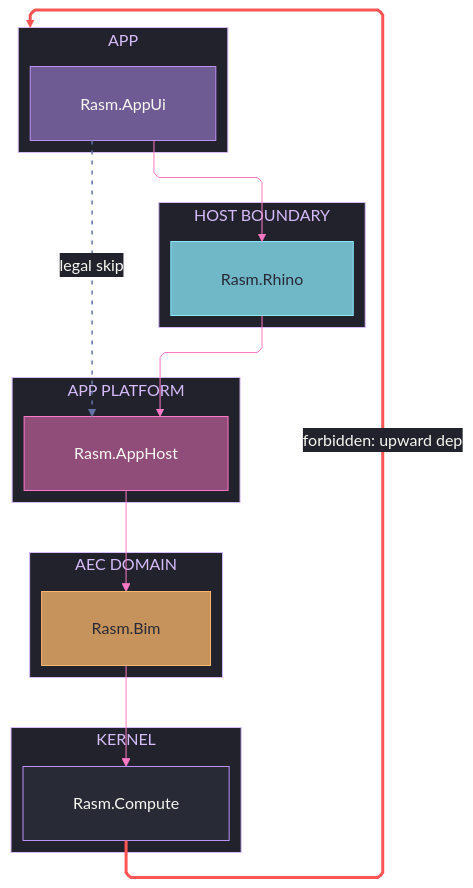
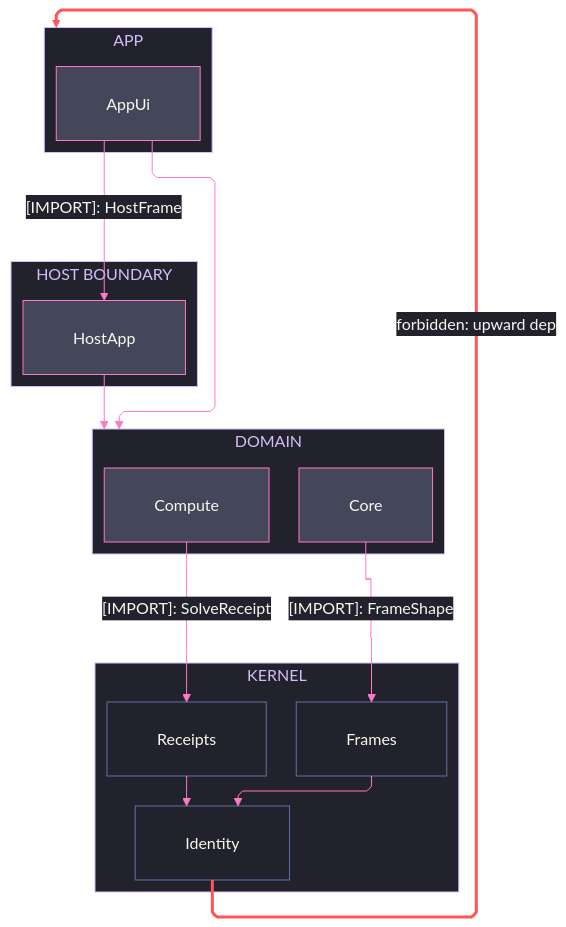
The diagram in .claude/skills/mermaid-diagramming/templates/strata.mmd.md (bsamiee/Parametric_Forge), drawn with Mermaid before and after one commit. The commit also changed other lines of this file and 263 other files, not shown here.

````diff
--- a/.claude/skills/mermaid-diagramming/templates/strata.mmd.md
+++ b/.claude/skills/mermaid-diagramming/templates/strata.mmd.md
@@ -5,64 +5,62 @@
 ```mermaid
 ---
 config:
   theme: base
   look: classic
   layout: elk
   flowchart:
     curve: linear
     padding: 25
   themeVariables:
     darkMode: true
     fontFamily: "SF Mono, Menlo, Cascadia Mono, Segoe UI Mono, Consolas, monospace"
     useGradient: false
     dropShadow: "none"
     background: "#282A36"
     primaryColor: "#44475A"
     primaryTextColor: "#F8F8F2"
     primaryBorderColor: "#BD93F9"
     lineColor: "#FF79C6"
     textColor: "#F8F8F2"
     clusterBkg: "#21222C"
     clusterBorder: "#D6BCFA"
     edgeLabelBackground: "#21222C"
     labelBackgroundColor: "#21222C"
     titleColor: "#D6BCFA"
   themeCSS: ".nodeLabel{font-size:13px;font-weight:500}.edgeLabel{font-size:12px;font-weight:500}.cluster-label .nodeLabel{font-size:13.5px;font-weight:700;letter-spacing:.08em}.edge-thickness-normal{stroke-width:2px}.edge-thickness-thick{stroke-width:3px}.edge-pattern-dashed,.edge-pattern-dotted{stroke-width:1.5px;stroke-dasharray:4 6}.node rect,.node circle,.node polygon,.node path,.node .outer-path{stroke-width:1.5px;filter:none!important}.cluster rect{stroke-width:1px!important;stroke-dasharray:5 4!important;filter:none!important}.marker path{transform:scale(.8);transform-origin:5px 5px}.marker circle{transform:scale(.48);transform-origin:5px 5px}.edgeLabel rect{transform-box:fill-box;transform-origin:center;transform:scale(1.1,1.2)}"
 ---
 flowchart TB
     accTitle: Package stratum law
-    accDescr: Five stacked strata from app through host boundary, platform, and domain onto the kernel, downward-only dependency edges, one dashed legal skip, and one forbidden upward edge styled red.
-    subgraph L5[APP]
-        App[Rasm.AppUi]
+    accDescr: Four stacked strata from app through host boundary and domain onto a member-resolved kernel, downward-only import edges naming one sourced type each, cluster-target edges landing on layer boundaries, and one forbidden upward edge styled red.
+    subgraph L4[APP]
+        App[AppUi]
     end
-    subgraph L4[HOST BOUNDARY]
-        Host[Rasm.Rhino]
+    subgraph L3[HOST BOUNDARY]
+        Host[HostApp]
     end
-    subgraph L3[APP PLATFORM]
-        Platform[Rasm.AppHost]
-    end
-    subgraph L2[AEC DOMAIN]
-        Domain[Rasm.Bim]
+    subgraph L2[DOMAIN]
+        Core[Core]
+        Compute[Compute]
     end
     subgraph L1[KERNEL]
-        Kernel[Rasm.Compute]
+        Frames[Frames]
+        Identity[Identity]
+        Receipts[Receipts]
     end
-    App --> Host
-    Host --> Platform
-    Platform --> Domain
-    Domain --> Kernel
-    App -.->|"legal skip"| Platform
-    Kernel -->|"forbidden: upward dep"| L5
-    linkStyle 4 stroke:#6272A4,color:#F8F8F2,stroke-width:1.5px,stroke-dasharray:4 6
-    linkStyle 5 stroke:#FF5555,stroke-width:3px,color:#F8F8F2
-    classDef stratumApp fill:#BD93F980,stroke:#BD93F9,color:#F8F8F2
-    classDef stratumHost fill:#8BE9FDBF,stroke:#8BE9FD,color:#282A36
-    classDef stratumPlatform fill:#FF79C680,stroke:#FF79C6,color:#F8F8F2
-    classDef stratumDomain fill:#FFB86CBF,stroke:#FFB86C,color:#282A36
-    classDef boundary fill:#282A36,stroke:#BD93F9,color:#F8F8F2
-    class App stratumApp
-    class Host stratumHost
-    class Platform stratumPlatform
-    class Domain stratumDomain
-    class Kernel boundary
+    App e1@-->|"[IMPORT]: HostFrame"| Host
+    Host e2@--> L2
+    App e3@--> L2
+    Core e4@-->|"[IMPORT]: FrameShape"| Frames
+    Compute e5@-->|"[IMPORT]: SolveReceipt"| Receipts
+    Frames r1@--> Identity
+    Receipts r2@--> Identity
+    Identity f1@-->|"forbidden: upward dep"| L4
+    class e1,e2,e3,e4,e5,r1,r2 edgeControl
+    class f1 edgeError
+    classDef primary fill:#44475A,stroke:#FF79C6,color:#F8F8F2
+    classDef recessed fill:#21222C,stroke:#6272A4,color:#F8F8F2
+    classDef edgeControl stroke:#FF79C6,color:#F8F8F2
+    classDef edgeError stroke:#FF5555,stroke-width:3px,color:#F8F8F2
+    class App,Host,Core,Compute primary
+    class Frames,Identity,Receipts recessed
 ```
````
